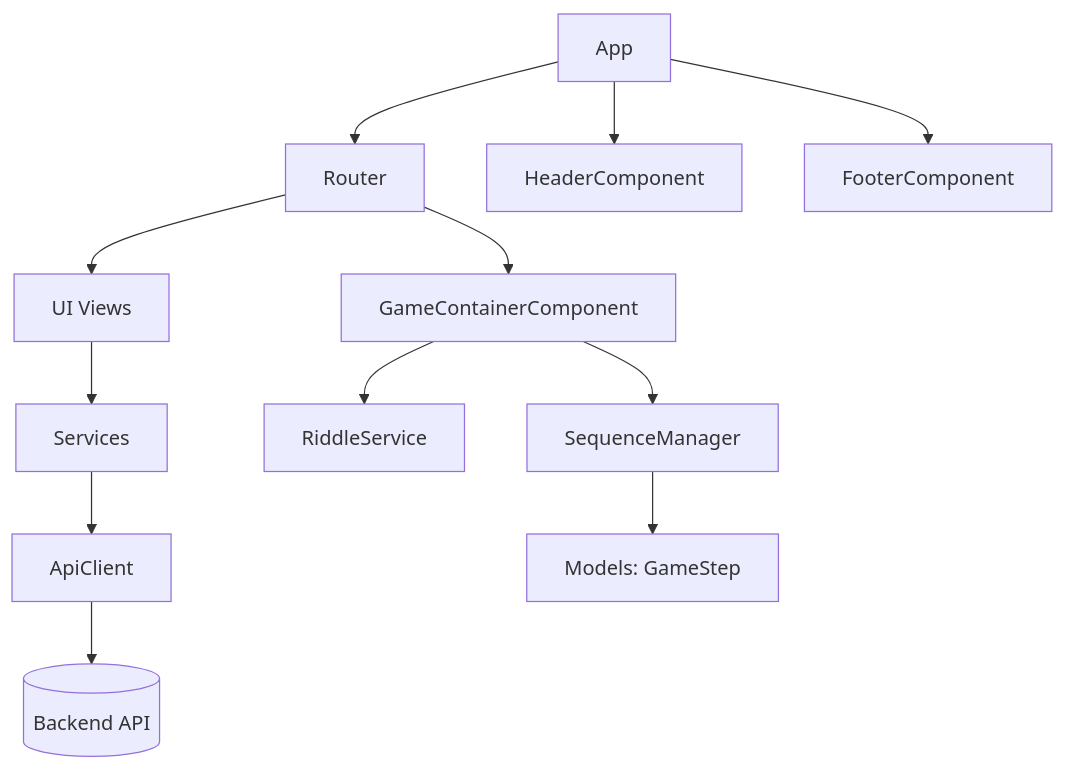
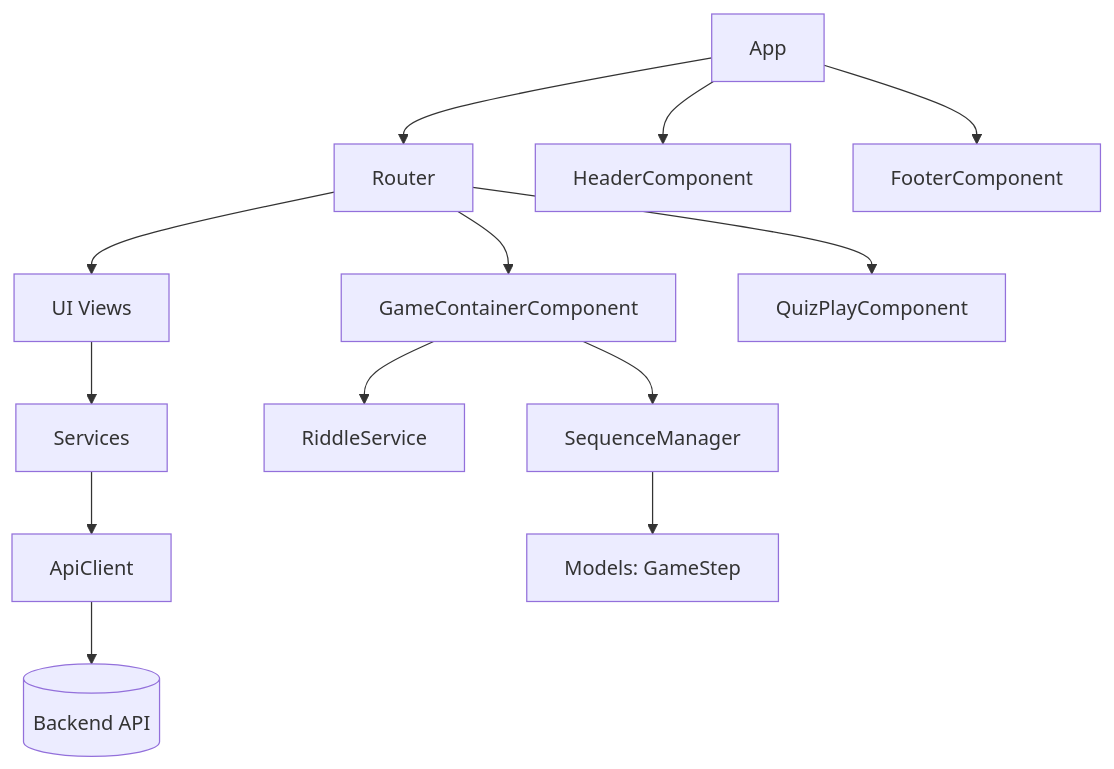
One commit to Vassili-REGNIER/matheopolis changed the diagram in .ai/architecture/frontend/overview.md. Above: the diagram before and after it, drawn with Mermaid. The commit also changed other lines of this file and 15 other files, not shown here.

````diff
--- a/.ai/architecture/frontend/overview.md
+++ b/.ai/architecture/frontend/overview.md
@@ -48,14 +48,15 @@
 ```mermaid
 flowchart TD
   App --> Router
   App --> HeaderComponent
   App --> FooterComponent
   Router --> Views[UI Views]
   Router --> GameContainerComponent
+  Router --> QuizPlayComponent
   Views --> Services
   GameContainerComponent --> RiddleService
   Services --> ApiClient
   ApiClient --> Backend[(Backend API)]
   GameContainerComponent --> SequenceManager
   SequenceManager --> GameStep[Models: GameStep]
 ```
````
